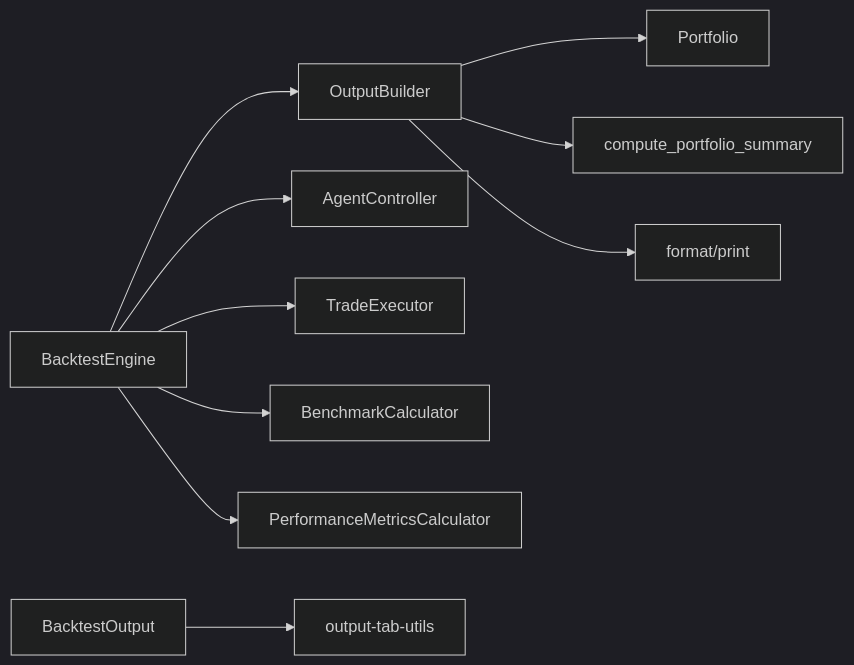
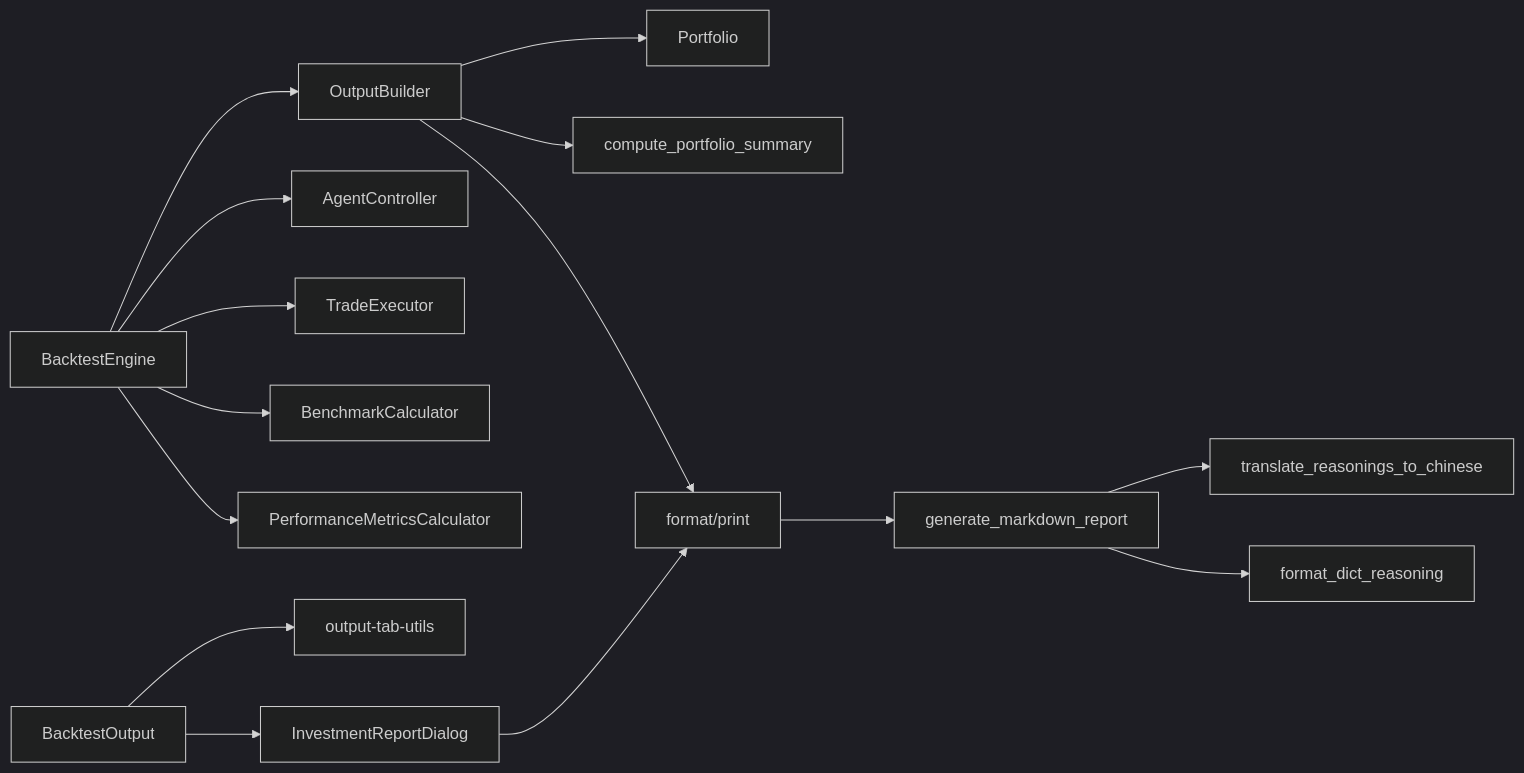
The seventh of 7 diagrams in .qoder/repowiki/zh/content/回测引擎/输出格式化.md (lichen14-hash/ai-hedge-fund), drawn with Mermaid (dark theme) before and after one commit. The commit also changed other lines of this file and 24 other files, not shown here.

````diff
--- a/.qoder/repowiki/zh/content/回测引擎/输出格式化.md
+++ b/.qoder/repowiki/zh/content/回测引擎/输出格式化.md
@@ -272,12 +354,17 @@
 ```mermaid
 graph LR
 OutputBuilder --> Portfolio
 OutputBuilder --> Summary["compute_portfolio_summary"]
 OutputBuilder --> Display["format/print"]
 Engine["BacktestEngine"] --> OutputBuilder
 Engine --> Controller["AgentController"]
 Engine --> Trader["TradeExecutor"]
 Engine --> Bench["BenchmarkCalculator"]
 Engine --> Perf["PerformanceMetricsCalculator"]
 Frontend["BacktestOutput"] --> Utils["output-tab-utils"]
+Frontend --> ReportDialog["InvestmentReportDialog"]
+ReportDialog --> Display
+Display --> GenerateReport["generate_markdown_report"]
+GenerateReport --> Translate["translate_reasonings_to_chinese"]
+GenerateReport --> FormatReasoning["format_dict_reasoning"]
 ```
````
